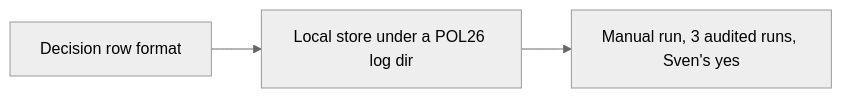
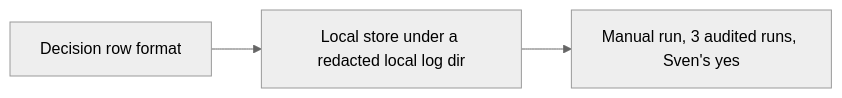
One commit to svennijhuis/agentic-workflows changed the second of 2 diagrams in docs/pbi/agent-ops/BH06-override-harvest.md. Above: the diagram before and after it, drawn with Mermaid (neutral theme). The commit also changed other lines of this file and 986 other files, not shown here.

````diff
--- a/docs/pbi/agent-ops/BH06-override-harvest.md
+++ b/docs/pbi/agent-ops/BH06-override-harvest.md
@@ -54,8 +54,8 @@
 ```mermaid
 flowchart LR
   S1[Decision row format]
-  S2[Local store under a POL26 log dir]
+  S2[Local store under a redacted local log dir]
   S1 --> S2
   S3[Manual run, 3 audited runs, Sven's yes]
   S2 --> S3
 ```
````
